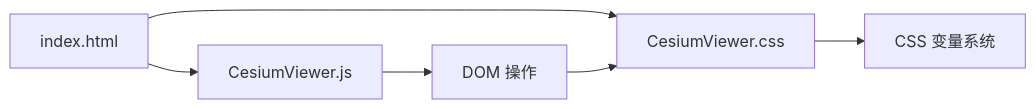
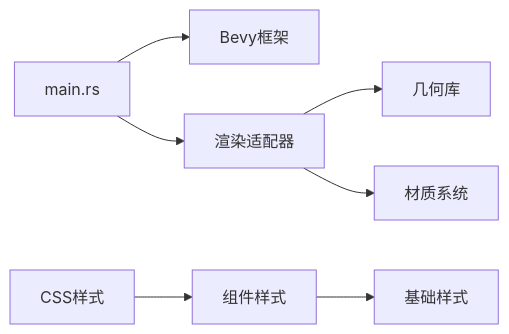
The third of 3 diagrams in .qoder/repowiki/zh/content/UI组件库/主题定制.md (rzhangjing/cesium), drawn with Mermaid before and after one commit. The commit also changed other lines of this file and 57 other files, not shown here.

````diff
--- a/.qoder/repowiki/zh/content/UI组件库/主题定制.md
+++ b/.qoder/repowiki/zh/content/UI组件库/主题定制.md
@@ -241,8 +156,9 @@
 ```mermaid
 graph LR
-HTML["index.html"] --> CSS["CesiumViewer.css"]
-HTML --> JS["CesiumViewer.js"]
-CSS --> VARS["CSS 变量系统"]
-JS --> DOM["DOM 操作"]
-DOM --> CSS
+Main["main.rs"] --> Bevy["Bevy框架"]
+Main --> Render["渲染适配器"]
+Render --> Geometry["几何库"]
+Render --> Material["材质系统"]
+Styles["CSS样式"] --> Widget["组件样式"]
+Widget --> Base["基础样式"]
 ```
````
